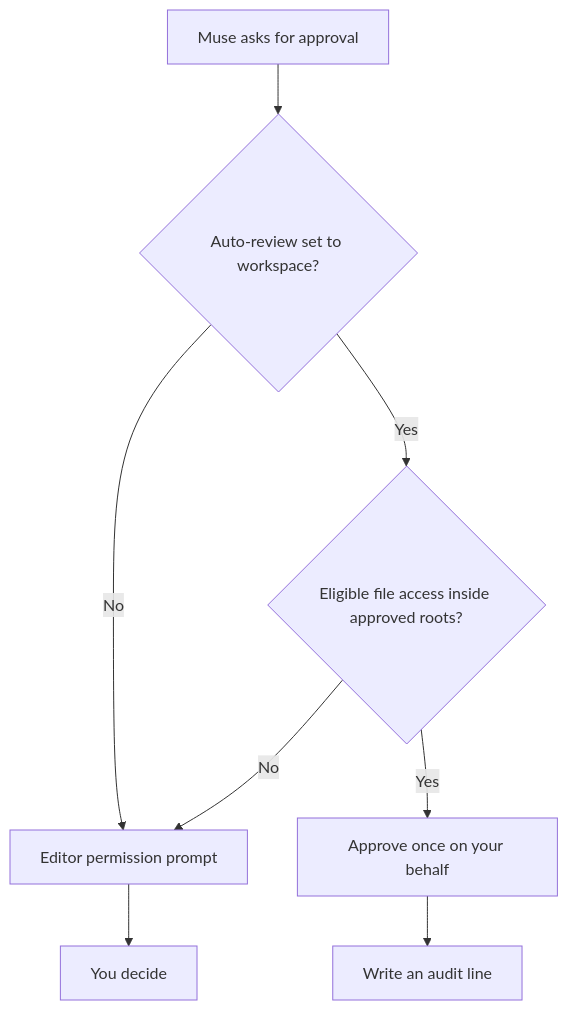
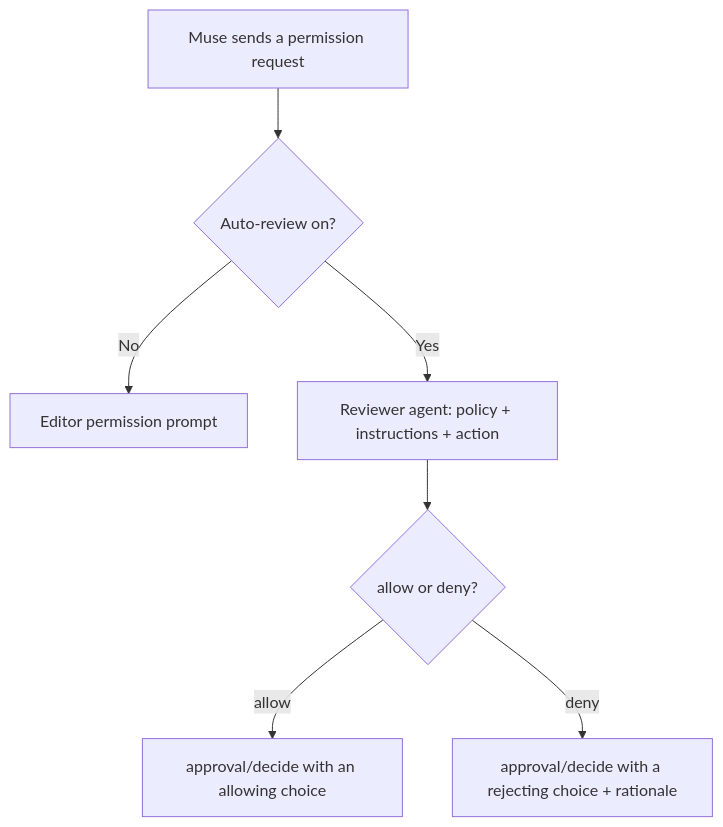
Before and after one commit to BrokkAi/muse-acp: the diagram in README.md, drawn with Mermaid. The commit also changed other lines of this file and 10 other files, not shown here.

First line of the commit message:
Auto-review every prompt through a memory-only reviewer agent

````diff
--- a/README.md
+++ b/README.md
@@ -43,10 +44,9 @@
 ```mermaid
 flowchart TD
-    A[Muse asks for approval] --> B{Auto-review set to workspace?}
+    A[Muse sends a permission request] --> B{Auto-review on?}
     B -- No --> P[Editor permission prompt]
-    B -- Yes --> C{Eligible file access inside approved roots?}
-    C -- No --> P
-    C -- Yes --> D[Approve once on your behalf]
-    D --> E[Write an audit line]
-    P --> F[You decide]
+    B -- Yes --> R[Reviewer agent: policy + instructions + action]
+    R --> D{allow or deny?}
+    D -- allow --> E[approval/decide with an allowing choice]
+    D -- deny --> F[approval/decide with a rejecting choice + rationale]
 ```
````
